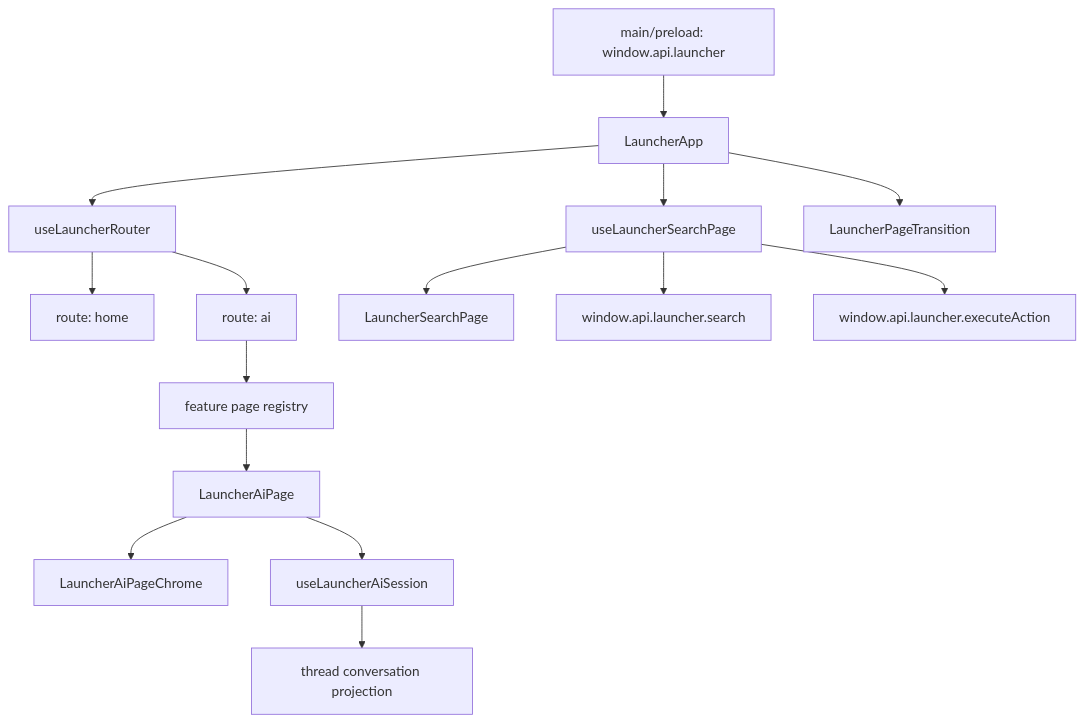
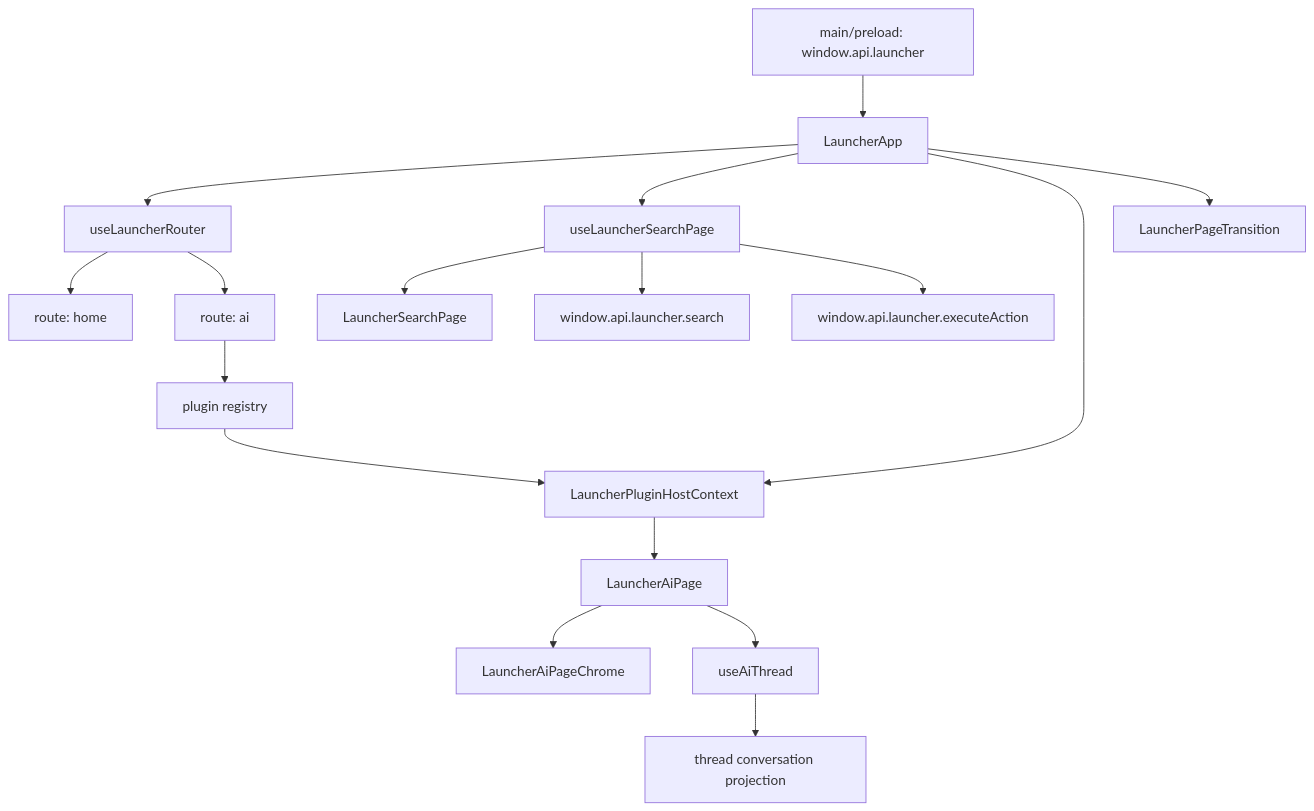
One commit to JunJD/Jingle changed the diagram in docs/launcher-shell-architecture.md. Above: the diagram before and after it, drawn with Mermaid. The commit also changed other lines of this file and 26 other files, not shown here.

````diff
--- a/docs/launcher-shell-architecture.md
+++ b/docs/launcher-shell-architecture.md
@@ -34,21 +64,23 @@
 ```mermaid
 graph TD
   Main["main/preload: window.api.launcher"] --> Host["LauncherApp"]
 
   Host --> Router["useLauncherRouter"]
   Host --> SearchState["useLauncherSearchPage"]
+  Host --> PluginHost["LauncherPluginHostContext"]
   Host --> Transition["LauncherPageTransition"]
 
   Router --> HomeRoute["route: home"]
   Router --> FeatureRoute["route: ai"]
 
   SearchState --> HomePage["LauncherSearchPage"]
   SearchState --> SearchIPC["window.api.launcher.search"]
   SearchState --> ExecuteIPC["window.api.launcher.executeAction"]
 
-  FeatureRoute --> Registry["feature page registry"]
-  Registry --> AiPage["LauncherAiPage"]
+  FeatureRoute --> Registry["plugin registry"]
+  Registry --> PluginHost
+  PluginHost --> AiPage["LauncherAiPage"]
   AiPage --> AiChrome["LauncherAiPageChrome"]
-  AiPage --> AiSession["useLauncherAiSession"]
+  AiPage --> AiSession["useAiThread"]
   AiSession --> ThreadState["thread conversation projection"]
 ```
````
